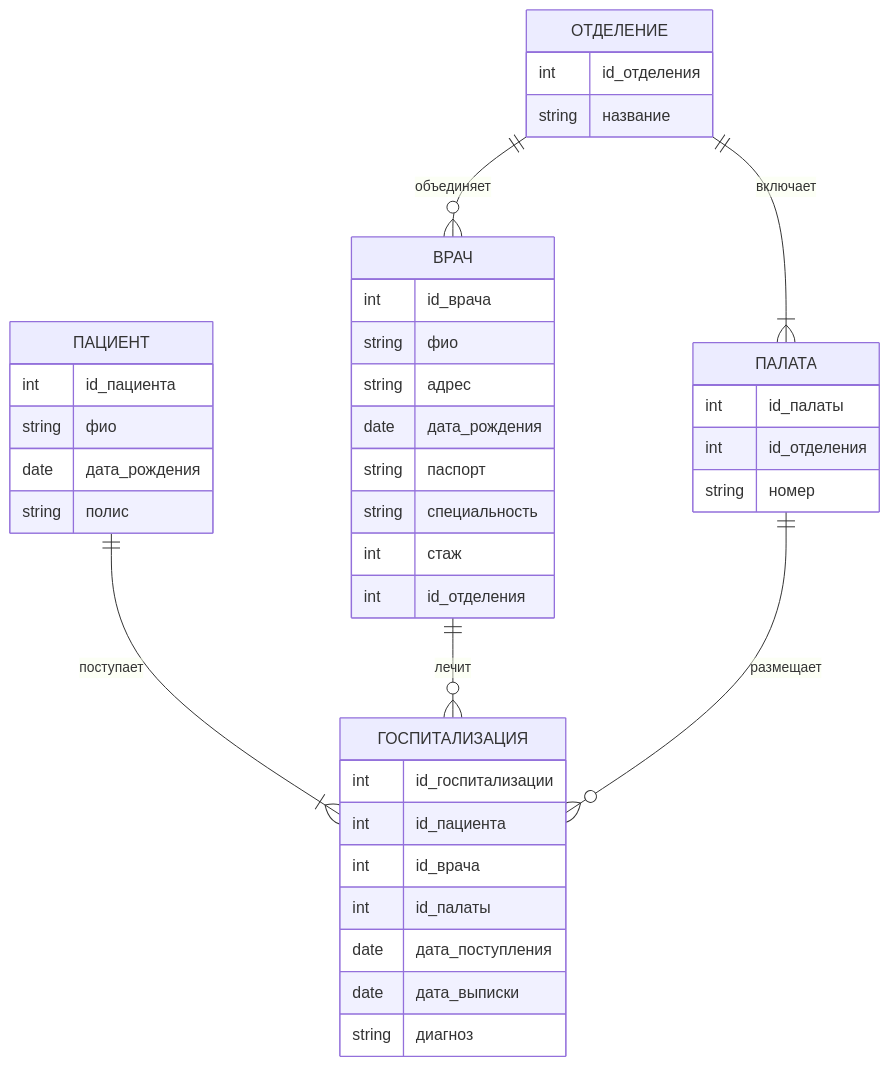
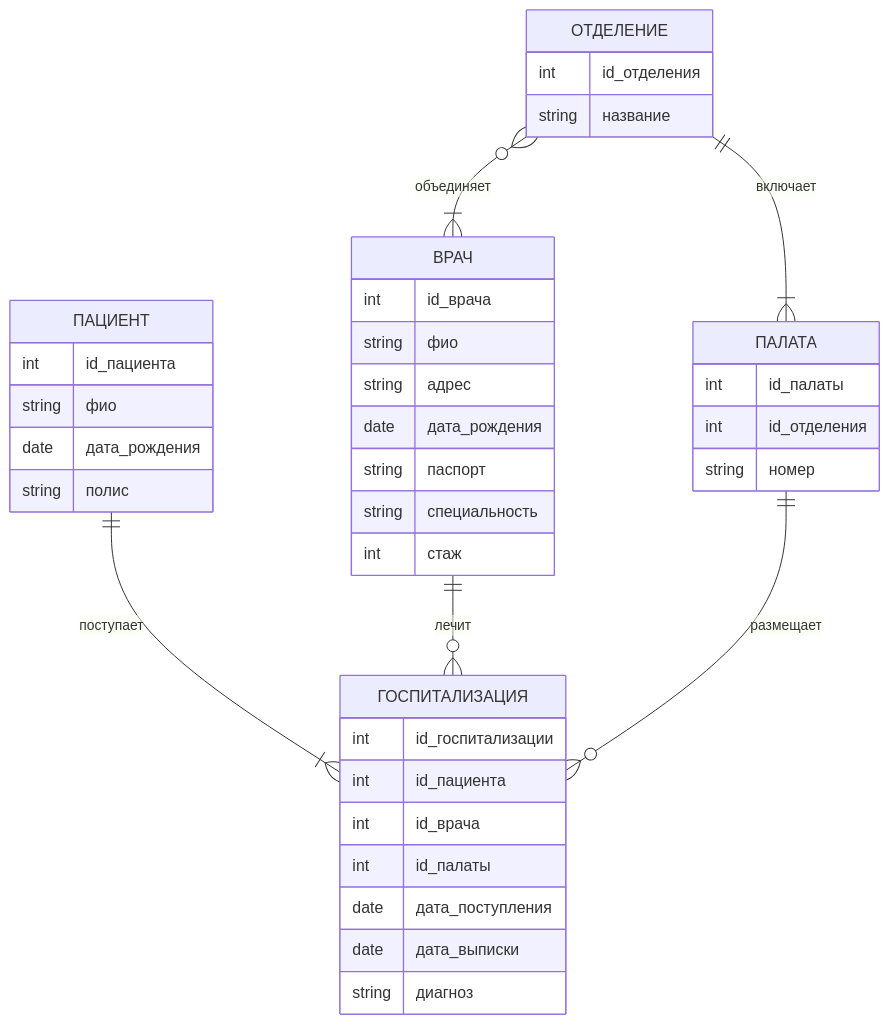
The second of 6 diagrams in 6/Korsun.md (KorsunDaria/Data_base), drawn with Mermaid before and after one commit. The commit also changed other lines of this file, not shown here.

````diff
--- a/6/Korsun.md
+++ b/6/Korsun.md
@@ -55,47 +49,46 @@
 ```mermaid
 erDiagram
     ОТДЕЛЕНИЕ {
         int id_отделения
         string название
     }
 
     ПАЛАТА {
         int id_палаты
         int id_отделения
         string номер
     }
 
     ВРАЧ {
         int id_врача
         string фио
         string адрес
         date дата_рождения
         string паспорт
         string специальность
         int стаж
-        int id_отделения
     }
 
     ПАЦИЕНТ {
         int id_пациента
         string фио
         date дата_рождения
         string полис
     }
 
     ГОСПИТАЛИЗАЦИЯ {
         int id_госпитализации
         int id_пациента
         int id_врача
         int id_палаты
         date дата_поступления
         date дата_выписки
         string диагноз
     }
 
     ОТДЕЛЕНИЕ ||--|{ ПАЛАТА : "включает"
-    ОТДЕЛЕНИЕ ||--o{ ВРАЧ : "объединяет"
+    ОТДЕЛЕНИЕ }o--|{ ВРАЧ : "объединяет"
     ПАЦИЕНТ ||--|{ ГОСПИТАЛИЗАЦИЯ : "поступает"
     ВРАЧ ||--o{ ГОСПИТАЛИЗАЦИЯ : "лечит"
     ПАЛАТА ||--o{ ГОСПИТАЛИЗАЦИЯ : "размещает"
 ```
````
